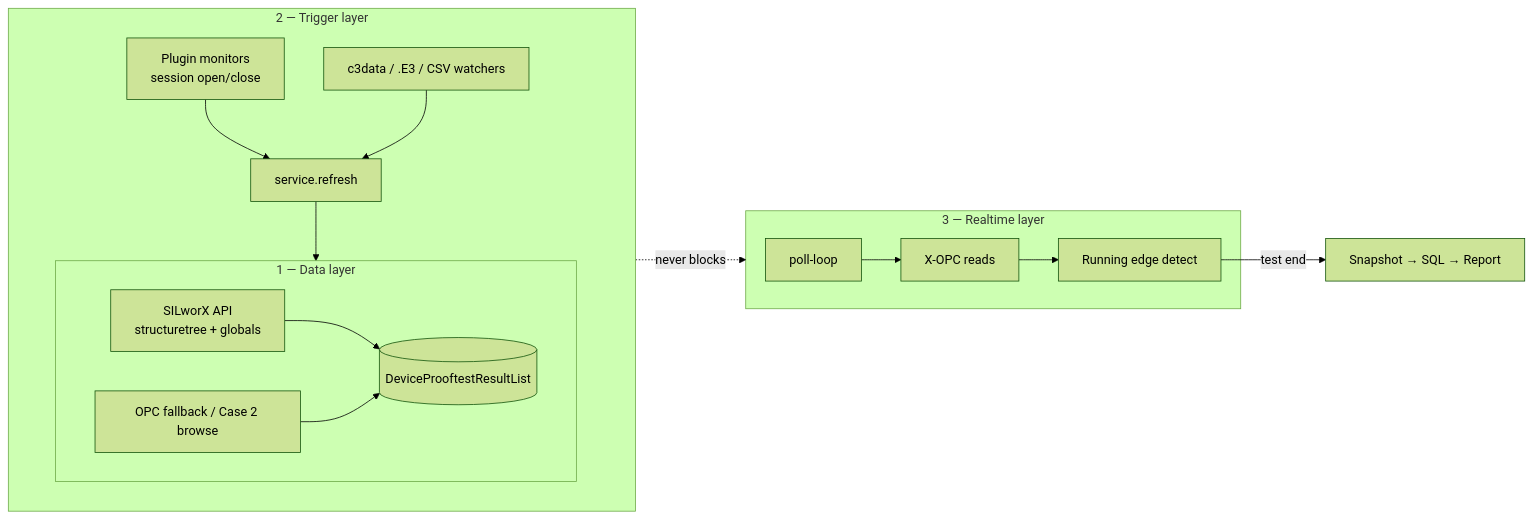
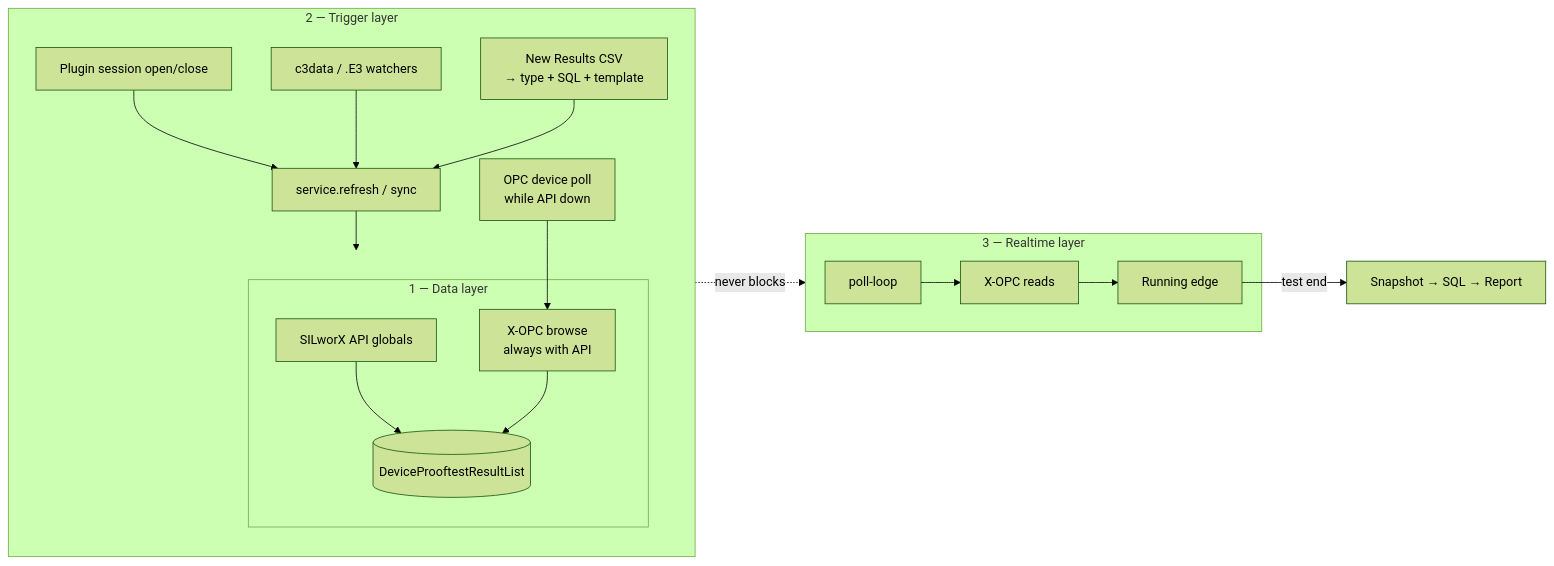
One commit to D-Mouna/Prooftest-Reporting-solution changed the third of 11 diagrams in Specifications/HIMA-Prooftest-Architecture-Mermaid.md. Above: the diagram before and after it, drawn with Mermaid (forest theme). The commit also changed other lines of this file and 200 other files, not shown here.

Commit message:
Show per-device source in the list (OPC ProgID or SILworX project) and keep SPEC 1.60 / code 1.63 in sync.

````diff
--- a/Specifications/HIMA-Prooftest-Architecture-Mermaid.md
+++ b/Specifications/HIMA-Prooftest-Architecture-Mermaid.md
@@ -80,29 +62,33 @@
 ```mermaid
 flowchart LR
   subgraph DATA["1 — Data layer"]
-    API[SILworX API<br/>structuretree + globals]
-    OPCFB[OPC fallback / Case 2 browse]
+    API[SILworX API globals]
+    OPCSCAN[X-OPC browse<br/>always with API]
     DEV[(DeviceProoftestResultList)]
     API --> DEV
-    OPCFB --> DEV
+    OPCSCAN --> DEV
   end
 
   subgraph TRIG["2 — Trigger layer"]
-    PLG[Plugin monitors<br/>session open/close]
-    FS[c3data / .E3 / CSV watchers]
-    REF[service.refresh]
+    PLG[Plugin session open/close]
+    FS[c3data / .E3 watchers]
+    CSV[New Results CSV<br/>→ type + SQL + template]
+    OPCPOLL[OPC device poll<br/>while API down]
+    REF[service.refresh / sync]
     PLG --> REF
     FS --> REF
+    CSV --> REF
+    OPCPOLL --> OPCSCAN
     REF --> DATA
   end
 
   subgraph RT["3 — Realtime layer"]
     POLL[poll-loop]
     OPC[X-OPC reads]
-    DET[Running edge detect]
+    DET[Running edge]
     POLL --> OPC --> DET
   end
 
   DET -->|test end| SNAP[Snapshot → SQL → Report]
   TRIG -.->|never blocks| RT
 ```
````
